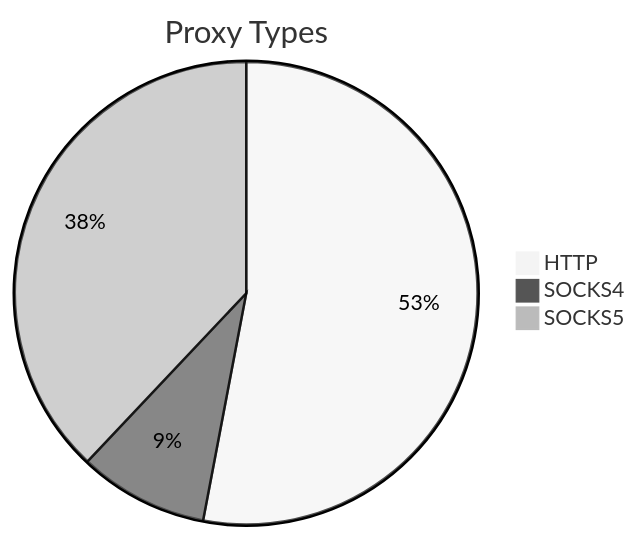
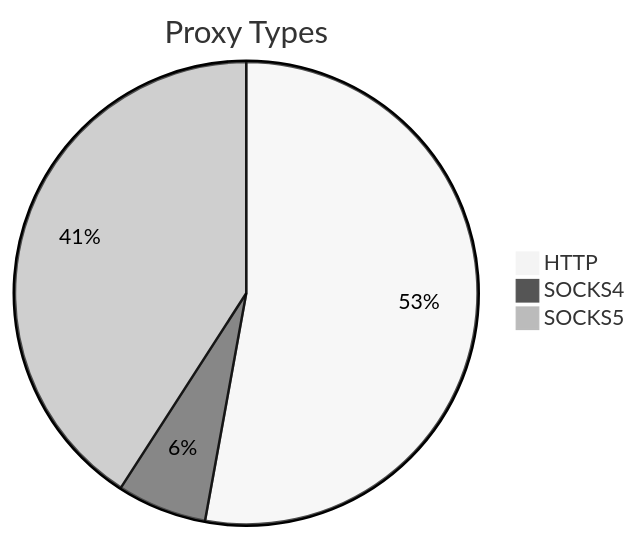
Before and after one commit to stormsia/proxy-list: the first of 2 diagrams in README.md, drawn with Mermaid (neutral theme). The commit also changed other lines of this file, not shown here.

````diff
--- a/README.md
+++ b/README.md
@@ -21,6 +21,6 @@
 ```mermaid
 pie title Proxy Types
-    "HTTP" : 328
-    "SOCKS4" : 56
-    "SOCKS5" : 235
+    "HTTP" : 287
+    "SOCKS4" : 34
+    "SOCKS5" : 222
 ```
````
